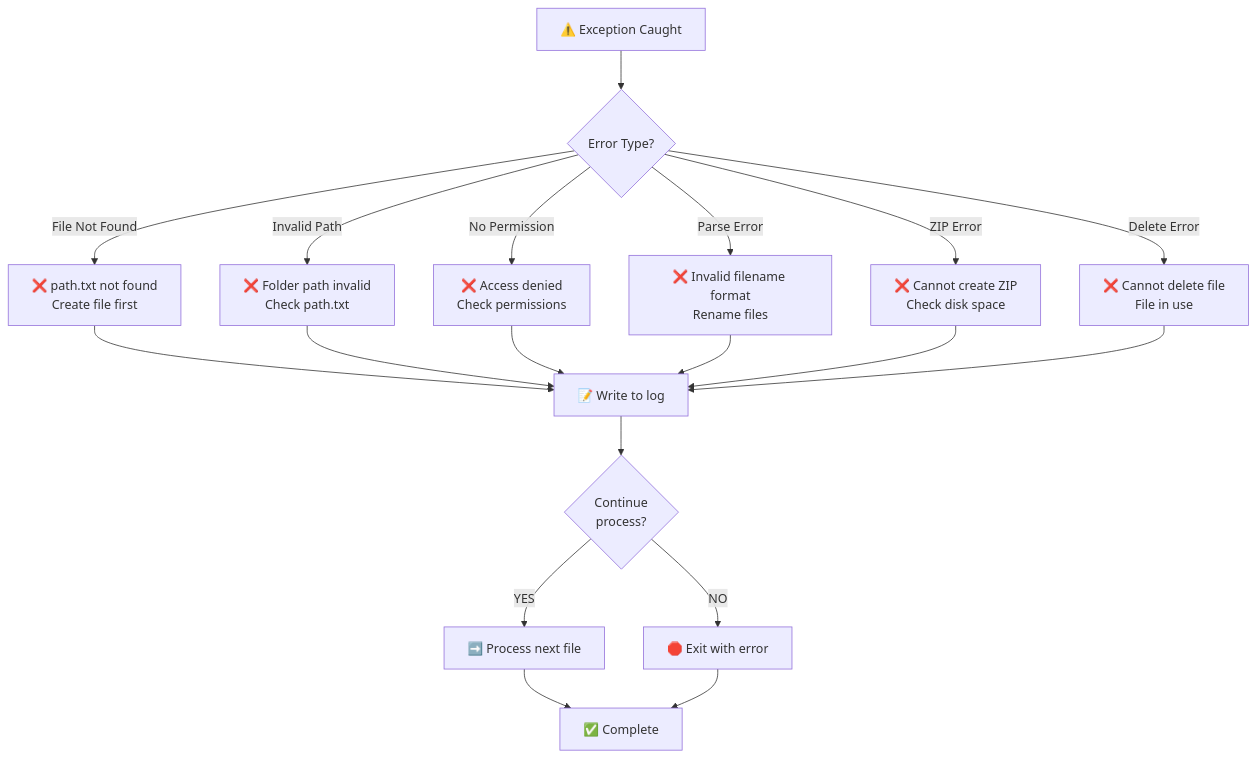
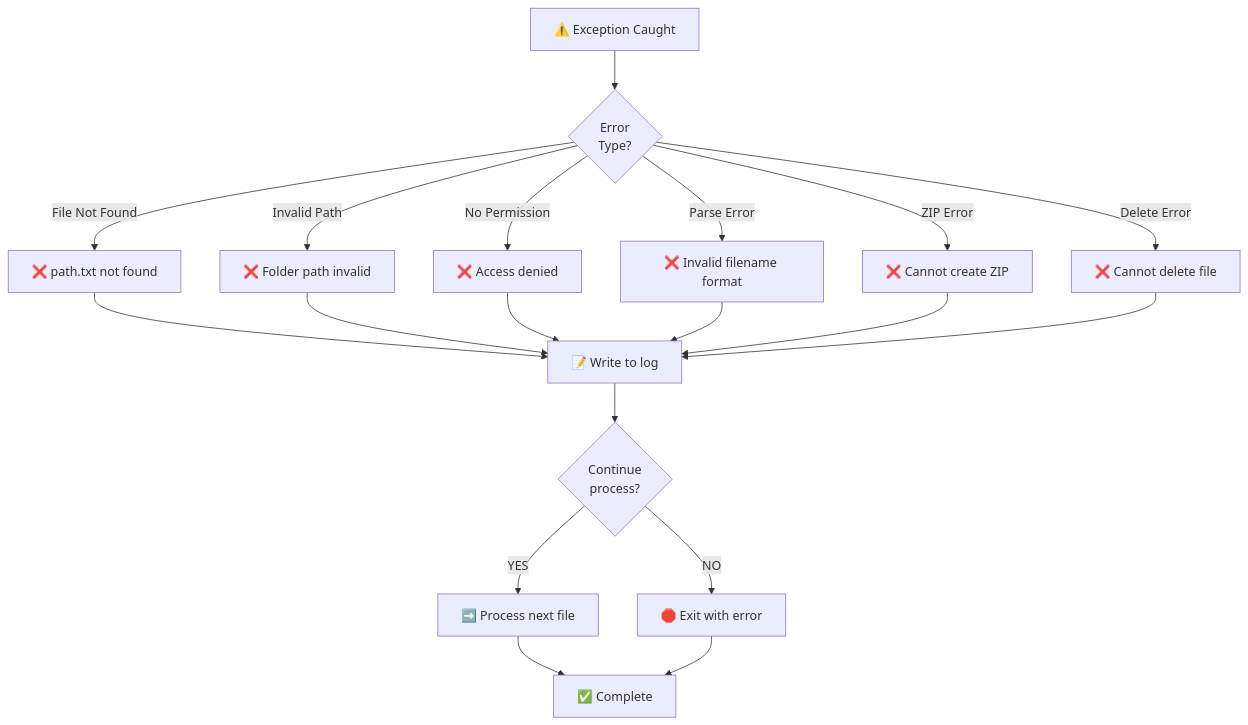
Before and after one commit to NPKman/AutoClearLog: the eighth of 8 diagrams in AutoClearLog_Flowchart_Diagram.md, drawn with Mermaid. The commit also changed other lines of this file, not shown here.

Commit message:
fix: Correct Mermaid diagram syntax for GitHub compatibility

````diff
--- a/AutoClearLog_Flowchart_Diagram.md
+++ b/AutoClearLog_Flowchart_Diagram.md
@@ -340,26 +340,26 @@
 ```mermaid
 flowchart TD
-    Error["⚠️ Exception Caught"] --> ErrorType{Error Type?}
+    Error["⚠️ Exception Caught"] --> ErrorType{Error<br/>Type?}
     
-    ErrorType -->|File Not Found| E1["❌ path.txt not found<br/>Create file first"]
-    ErrorType -->|Invalid Path| E2["❌ Folder path invalid<br/>Check path.txt"]
-    ErrorType -->|No Permission| E3["❌ Access denied<br/>Check permissions"]
-    ErrorType -->|Parse Error| E4["❌ Invalid filename format<br/>Rename files"]
-    ErrorType -->|ZIP Error| E5["❌ Cannot create ZIP<br/>Check disk space"]
-    ErrorType -->|Delete Error| E6["❌ Cannot delete file<br/>File in use"]
+    ErrorType -->|File Not Found| E1["❌ path.txt not found"]
+    ErrorType -->|Invalid Path| E2["❌ Folder path invalid"]
+    ErrorType -->|No Permission| E3["❌ Access denied"]
+    ErrorType -->|Parse Error| E4["❌ Invalid filename format"]
+    ErrorType -->|ZIP Error| E5["❌ Cannot create ZIP"]
+    ErrorType -->|Delete Error| E6["❌ Cannot delete file"]
     
     E1 --> LogError["📝 Write to log"]
     E2 --> LogError
     E3 --> LogError
     E4 --> LogError
     E5 --> LogError
     E6 --> LogError
     
     LogError --> Continue{Continue<br/>process?}
     
     Continue -->|YES| NextFile["➡️ Process next file"]
     Continue -->|NO| Exit["🛑 Exit with error"]
     
     NextFile --> End["✅ Complete"]
     Exit --> End
 ```
````
